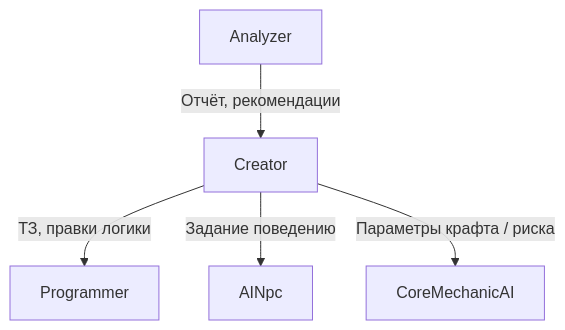
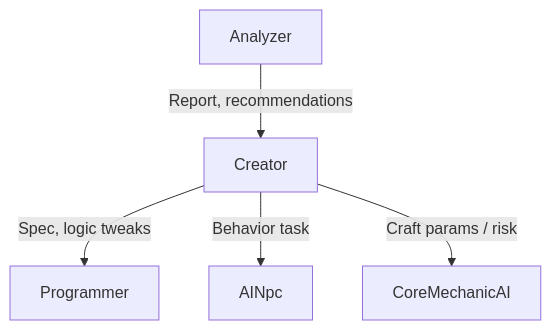
One commit to NeoXider/CoreAI changed the diagram in Assets/CoreAiUnity/Docs/AI_AGENT_ROLES.md. Above: the diagram before and after it, drawn with Mermaid. The commit also changed other lines of this file and 88 other files, not shown here.

````diff
--- a/Assets/CoreAiUnity/Docs/AI_AGENT_ROLES.md
+++ b/Assets/CoreAiUnity/Docs/AI_AGENT_ROLES.md
@@ -65,12 +65,12 @@
 ```mermaid
 flowchart TB
   Creator[Creator]
   Analyzer[Analyzer]
   Programmer[Programmer]
   Npc[AINpc]
   Mech[CoreMechanicAI]
-  Creator -->|"ТЗ, правки логики"| Programmer
-  Analyzer -->|"Отчёт, рекомендации"| Creator
-  Creator -->|"Задание поведению"| Npc
-  Creator -->|"Параметры крафта / риска"| Mech
+  Creator -->|"Spec, logic tweaks"| Programmer
+  Analyzer -->|"Report, recommendations"| Creator
+  Creator -->|"Behavior task"| Npc
+  Creator -->|"Craft params / risk"| Mech
 ```
````
